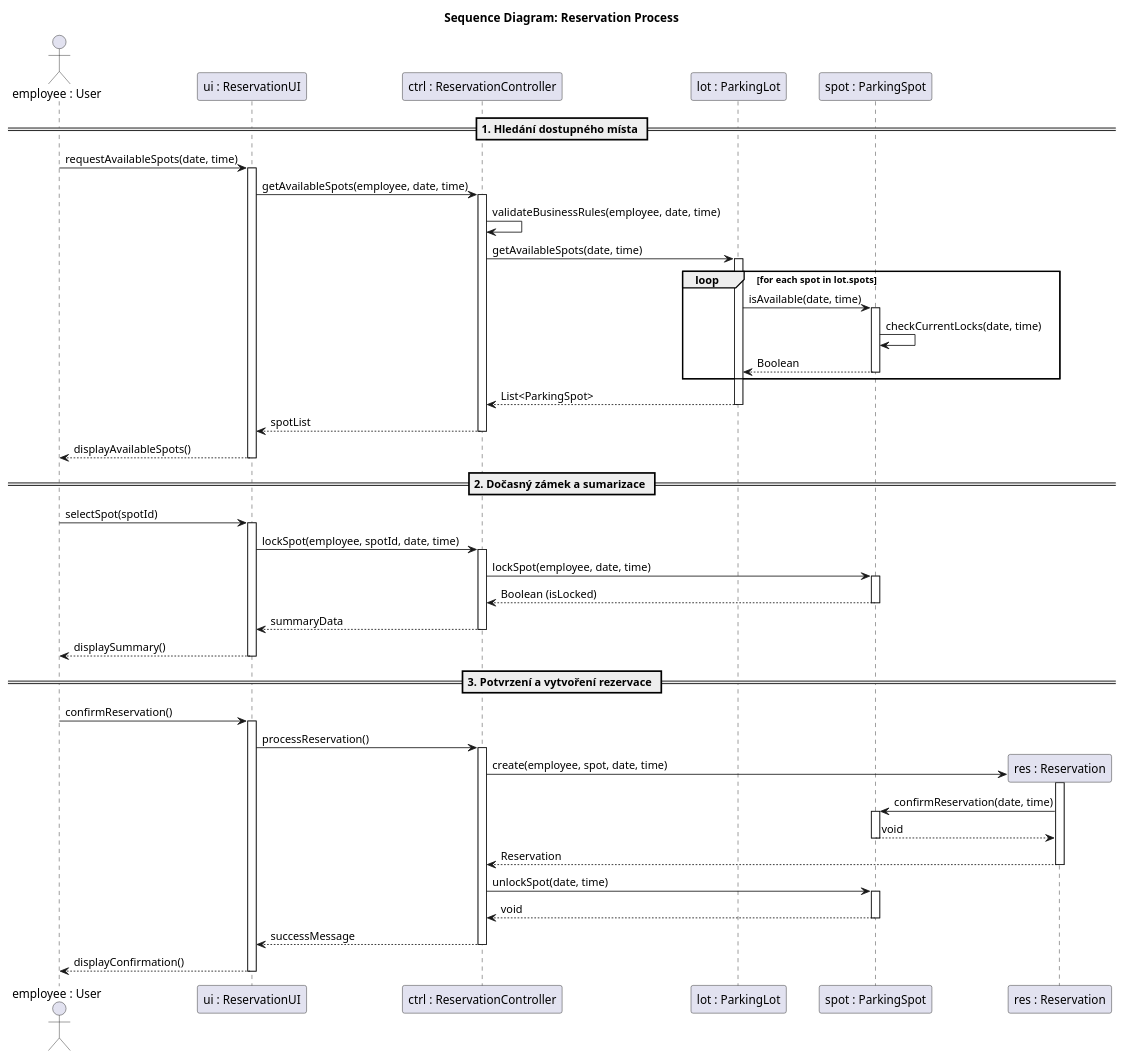
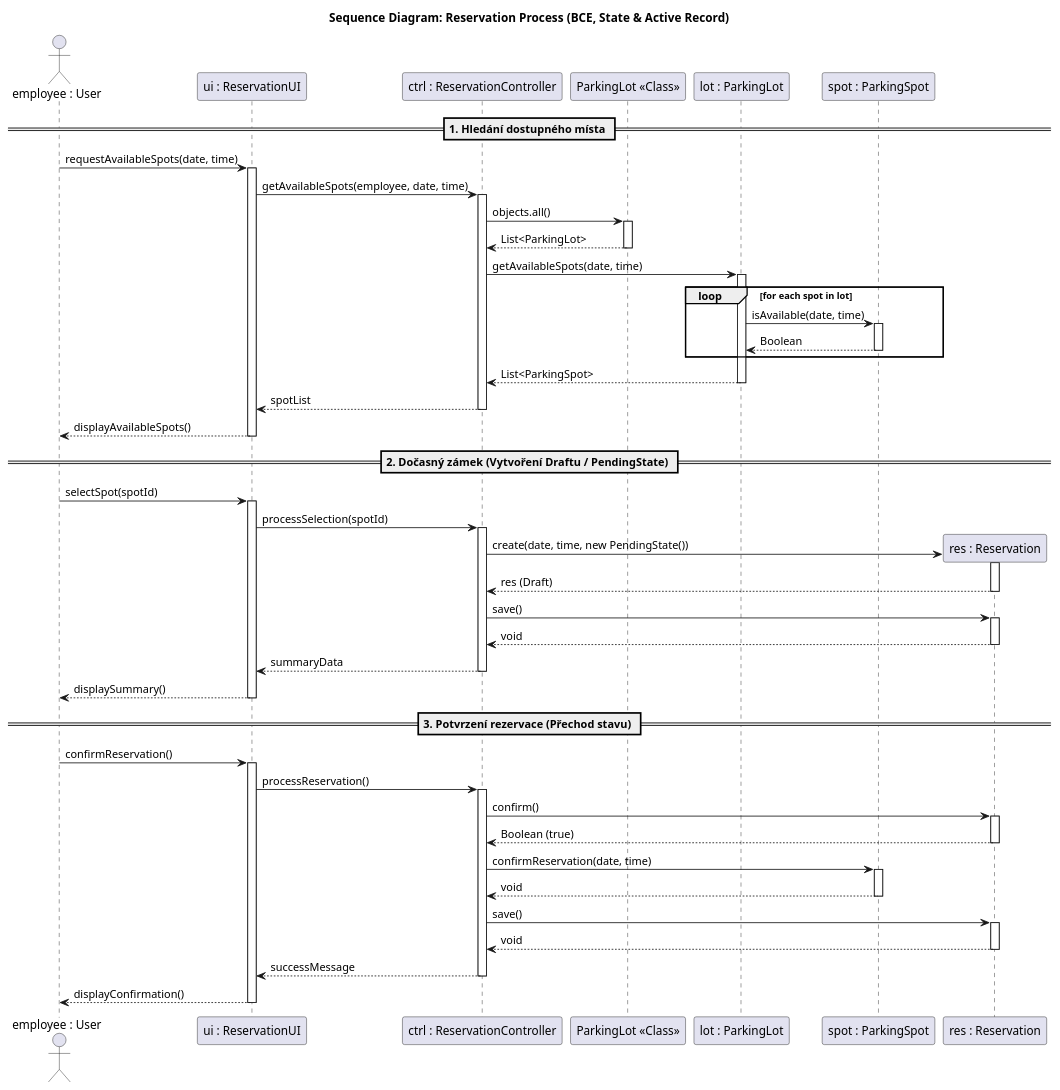
Before and after one commit to AidenCze/SWI-Project: the diagram in docs/diagramy/sequence-reservation.puml, drawn with PlantUML. The commit also changed 3 other files, not shown here.

Commit message:
Refactor sequence diagrams to incorporate Active Record pattern and enhance clarity

```diff
--- a/docs/diagramy/sequence-reservation.puml
+++ b/docs/diagramy/sequence-reservation.puml
@@ -1,87 +1,106 @@
 @startuml
-title Sequence Diagram: Reservation Process
+title Sequence Diagram: Reservation Process (BCE, State & Active Record)
 
 actor "employee : User" as emp
 participant "ui : ReservationUI" as ui
 participant "ctrl : ReservationController" as ctrl
+participant "ParkingLot <<Class>>" as lotClass
 participant "lot : ParkingLot" as lot
 participant "spot : ParkingSpot" as spot
 participant "res : Reservation" as res
 
 == 1. Hledání dostupného místa ==
 emp -> ui : requestAvailableSpots(date, time)
 activate ui
 
 ui -> ctrl : getAvailableSpots(employee, date, time)
 activate ctrl
 
-ctrl -> ctrl : validateBusinessRules(employee, date, time)
 
+
+' Načtení parkoviště (Active Record)
+ctrl -> lotClass : objects.all()
+activate lotClass
+lotClass --> ctrl : List<ParkingLot>
+deactivate lotClass
 
 ctrl -> lot : getAvailableSpots(date, time)
 activate lot
 
-loop for each spot in lot.spots
+loop for each spot in lot
+    ' Volání metody, kterou máš v Class diagramu
     lot -> spot : isAvailable(date, time)
     activate spot
-    spot -> spot : checkCurrentLocks(date, time)
     spot --> lot : Boolean
     deactivate spot
 end
 
 lot --> ctrl : List<ParkingSpot>
 deactivate lot
 
 ctrl --> ui : spotList
 deactivate ctrl
 
 ui --> emp : displayAvailableSpots()
 deactivate ui
 
-== 2. Dočasný zámek a sumarizace ==
+== 2. Dočasný zámek (Vytvoření Draftu / PendingState) ==
 emp -> ui : selectSpot(spotId)
 activate ui
 
-ui -> ctrl : lockSpot(employee, spotId, date, time)
+' UI informuje Controller o výběru
+ui -> ctrl : processSelection(spotId)
 activate ctrl
 
-ctrl -> spot : lockSpot(employee, date, time)
-activate spot
-spot --> ctrl : Boolean (isLocked)
-deactivate spot
+' VYTVOŘENÍ ZÁMKU: Instancování rezervace ve stavu Pending
+ctrl -> res ** : create(date, time, new PendingState())
+activate res
+res --> ctrl : res (Draft)
+deactivate res
+
+' Zápis zámku do databáze
+ctrl -> res : save()
+activate res
+res --> ctrl : void
+deactivate res
 
 ctrl --> ui : summaryData
 deactivate ctrl
 
 ui --> emp : displaySummary()
 deactivate ui
 
-== 3. Potvrzení a vytvoření rezervace ==
+== 3. Potvrzení rezervace (Přechod stavu) ==
 emp -> ui : confirmReservation()
 activate ui
 
 ui -> ctrl : processReservation()
 activate ctrl
 
-ctrl -> res ** : create(employee, spot, date, time)
+' Využití vzoru State k potvrzení
+ctrl -> res : confirm()
 activate res
 
-res -> spot : confirmReservation(date, time)
-activate spot
-spot --> res : void
-deactivate spot
 
-res --> ctrl : Reservation
+
+res --> ctrl : Boolean (true)
 deactivate res
 
-ctrl -> spot : unlockSpot(date, time)
+' Entita místa se dozví o potvrzení (dle tvého Class diagramu)
+ctrl -> spot : confirmReservation(date, time)
 activate spot
 spot --> ctrl : void
 deactivate spot
+
+' Uložení nového stavu do databáze
+ctrl -> res : save()
+activate res
+res --> ctrl : void
+deactivate res
 
 ctrl --> ui : successMessage
 deactivate ctrl
 
 ui --> emp : displayConfirmation()
 deactivate ui
 @enduml
```
